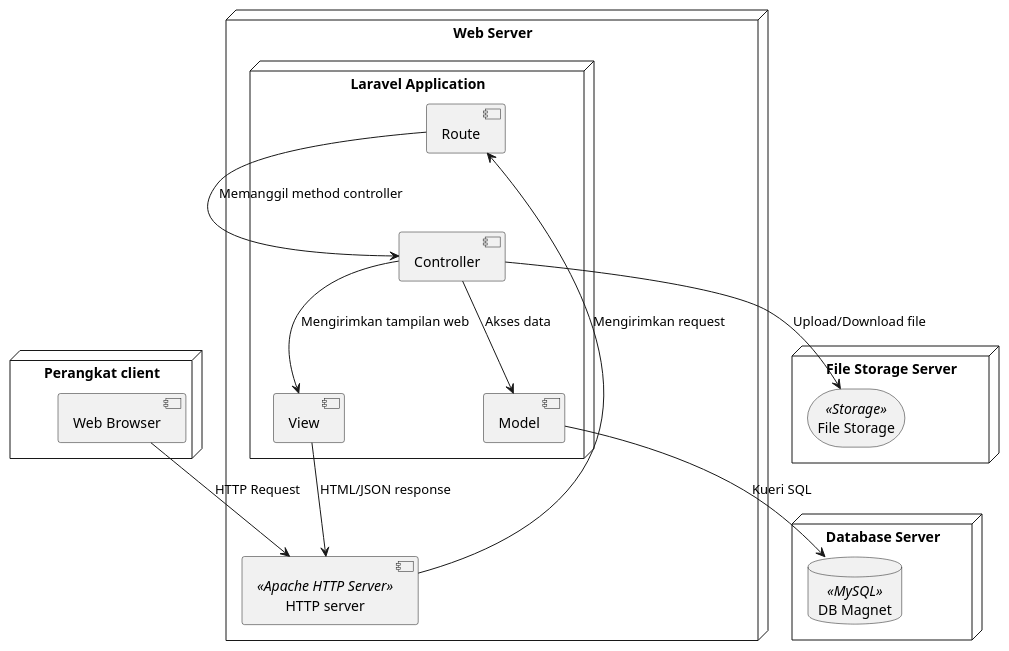
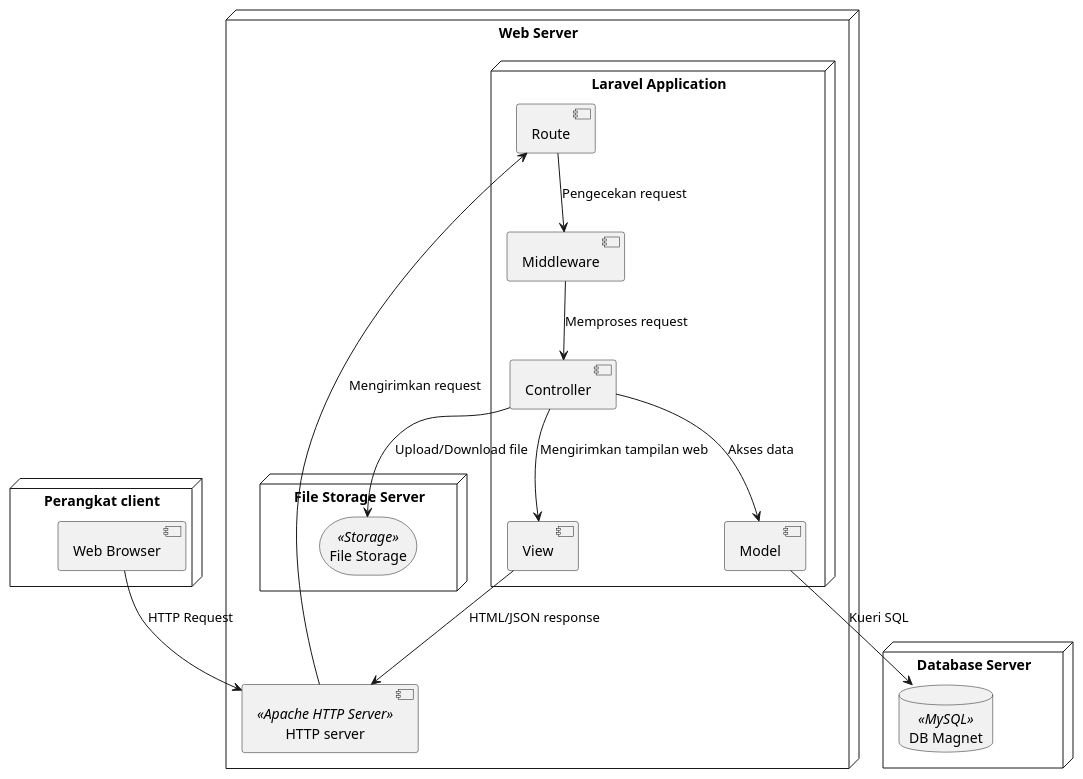
The diagram in docs/deployment-diagram/deployment-diagram.plantuml (petrusthelastking/MAGNET-Magang-Network-And-Tracking), drawn with PlantUML before and after one commit.

Commit message:
doc: update deployment diagram -- add middleware and put file storage inside of web server

```diff
--- a/docs/deployment-diagram/deployment-diagram.plantuml
+++ b/docs/deployment-diagram/deployment-diagram.plantuml
@@ -1,36 +1,38 @@
 @startuml
 
 node "Perangkat client" {
-  [Web Browser]
+    [Web Browser]
 }
 
 node "Web Server" {
-  component "HTTP server" <<Apache HTTP Server>>
+    component "HTTP server" <<Apache HTTP Server>>
 
-  node "Laravel Application" {
-    component "Route"
-    component "Controller"
-    component "Model"
-    component "View"
-  }
+    node "Laravel Application" {
+        component "Route"
+        component "Middleware"
+        component "Controller"
+        component "Model"
+        component "View"
+    }
+
+    node "File Storage Server" {
+        storage "File Storage" <<Storage>>
+    }
 }
 
 node "Database Server" {
-  database "DB Magnet" <<MySQL>>
-}
-
-node "File Storage Server" {
-  storage "File Storage" <<Storage>>
+    database "DB Magnet" <<MySQL>>
 }
 
 ' Connections
 [Web Browser] --> "HTTP server" : HTTP Request
 "HTTP server" --> "Route" : Mengirimkan request
-"Route" --> "Controller" : Memanggil method controller
+"Route" --> "Middleware" : Pengecekan request
+"Middleware" --> "Controller" : Memproses request
 "Controller" --> "Model" : Akses data
 "Controller" --> "View" : Mengirimkan tampilan web
 "Model" --> "DB Magnet" : Kueri SQL
 "View" --> "HTTP server" : HTML/JSON response
 "Controller" --> "File Storage" : Upload/Download file
 
 @enduml
```
